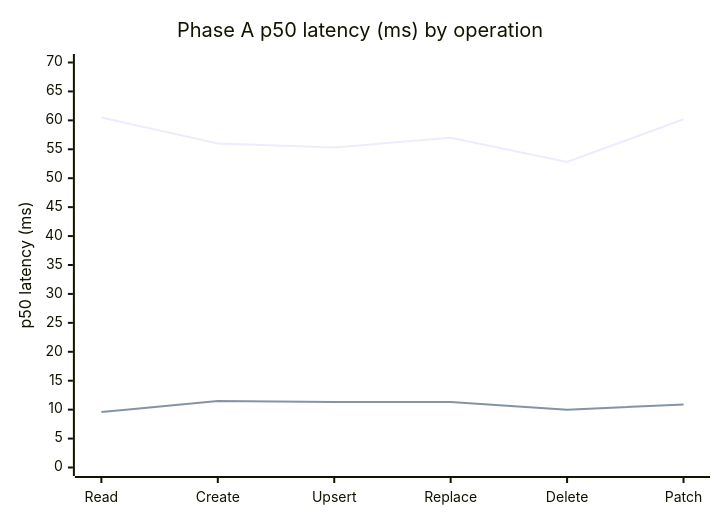
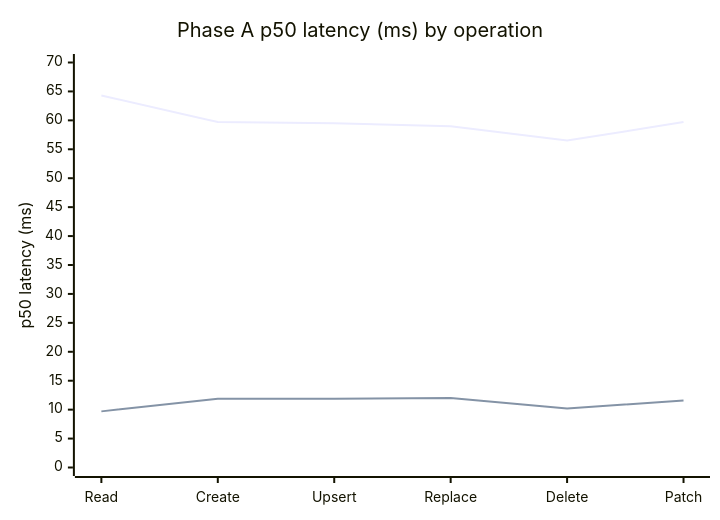
One commit to Azure/azure-sdk-for-python changed the first of 7 diagrams in sdk/cosmos/azure-cosmos/docs/rust-vs-python-perf-drill.md. Above: the diagram before and after it, drawn with Mermaid. The commit also changed other lines of this file and 14 other files, not shown here.

````diff
--- a/sdk/cosmos/azure-cosmos/docs/rust-vs-python-perf-drill.md
+++ b/sdk/cosmos/azure-cosmos/docs/rust-vs-python-perf-drill.md
@@ -390,8 +152,8 @@
 ```mermaid
 xychart-beta
     title "Phase A p50 latency (ms) by operation"
     x-axis ["Read","Create","Upsert","Replace","Delete","Patch"]
     y-axis "p50 latency (ms)" 0 --> 70
-    line "Core Python" [60.5,56.0,55.3,57.0,52.8,60.2]
-    line "Rust" [9.6,11.5,11.3,11.3,10.0,10.9]
+    line "Core Python" [64.3,59.7,59.5,59.0,56.5,59.7]
+    line "Rust" [9.7,11.9,11.9,12.0,10.2,11.6]
 ```
````
